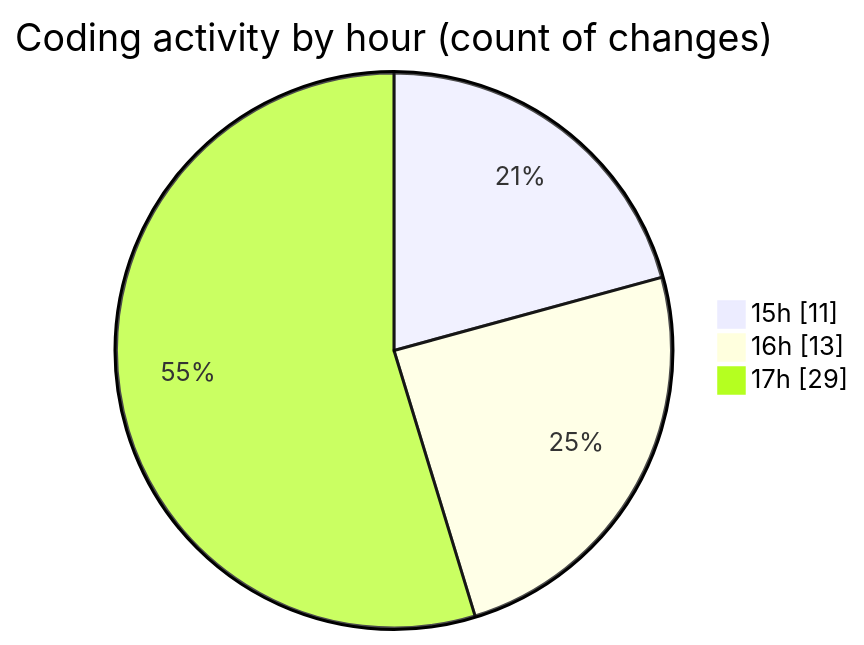
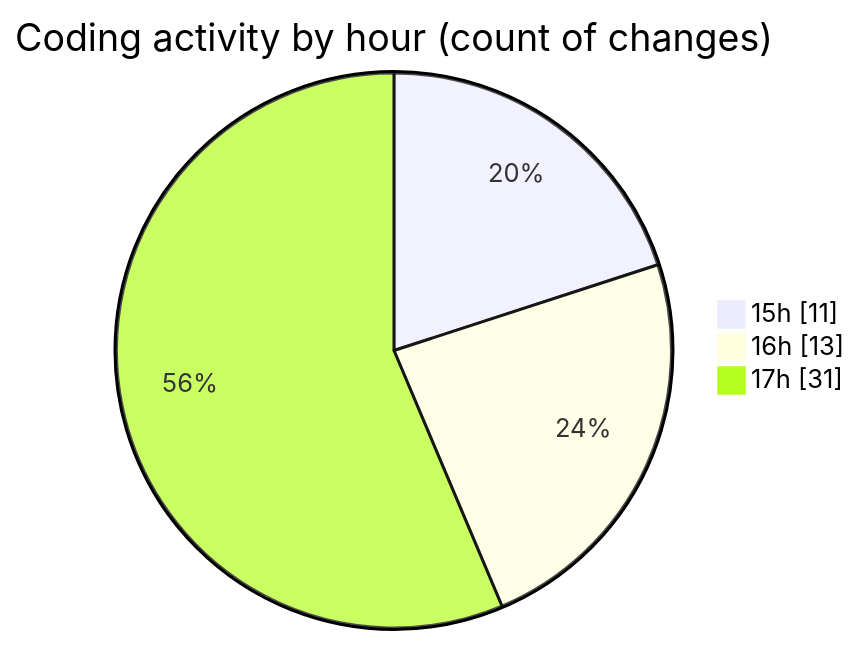
Before and after one commit to robertbonfada/code-tracking: the second of 2 diagrams in 2025-03-08/mbc-web/README.md, drawn with Mermaid. The commit also changed other lines of this file and 1 other file, not shown here.

````diff
--- a/2025-03-08/mbc-web/README.md
+++ b/2025-03-08/mbc-web/README.md
@@ -37,7 +37,7 @@
 ```mermaid
 pie showData
 title Coding activity by hour (count of changes)
 "15h" : 11
 "16h" : 13
-"17h" : 29
+"17h" : 31
 ```
````
